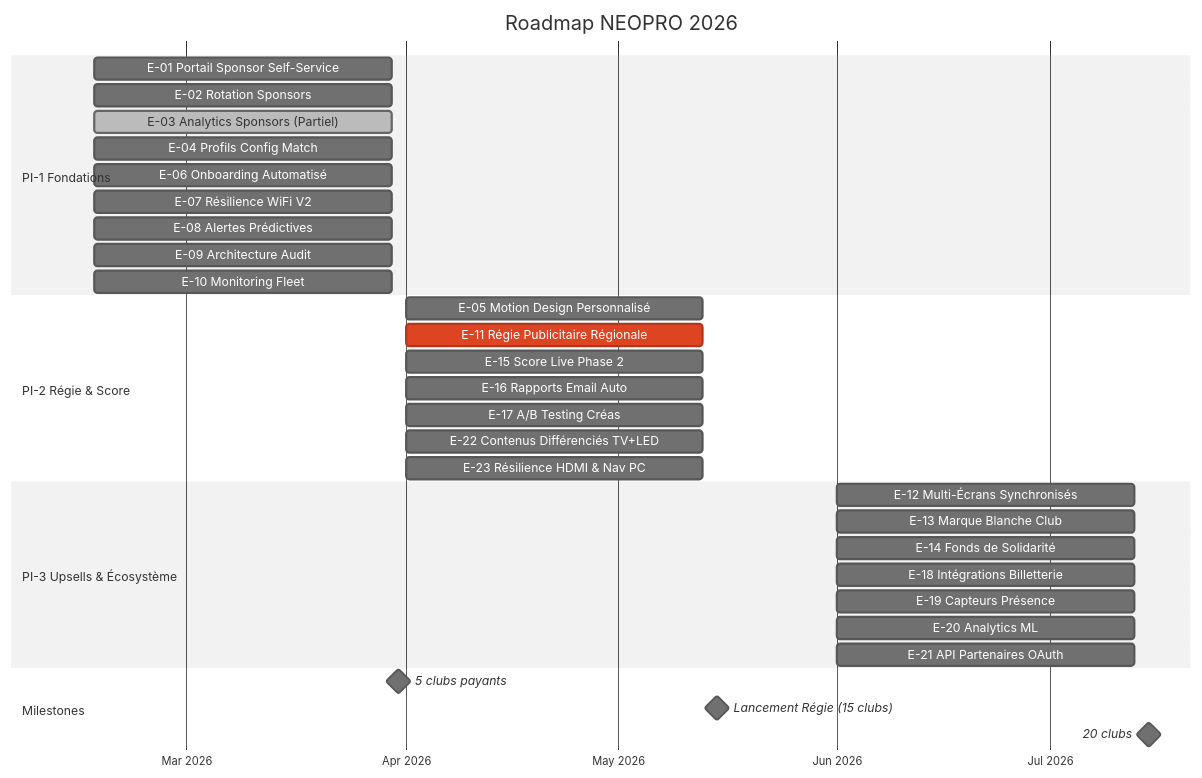
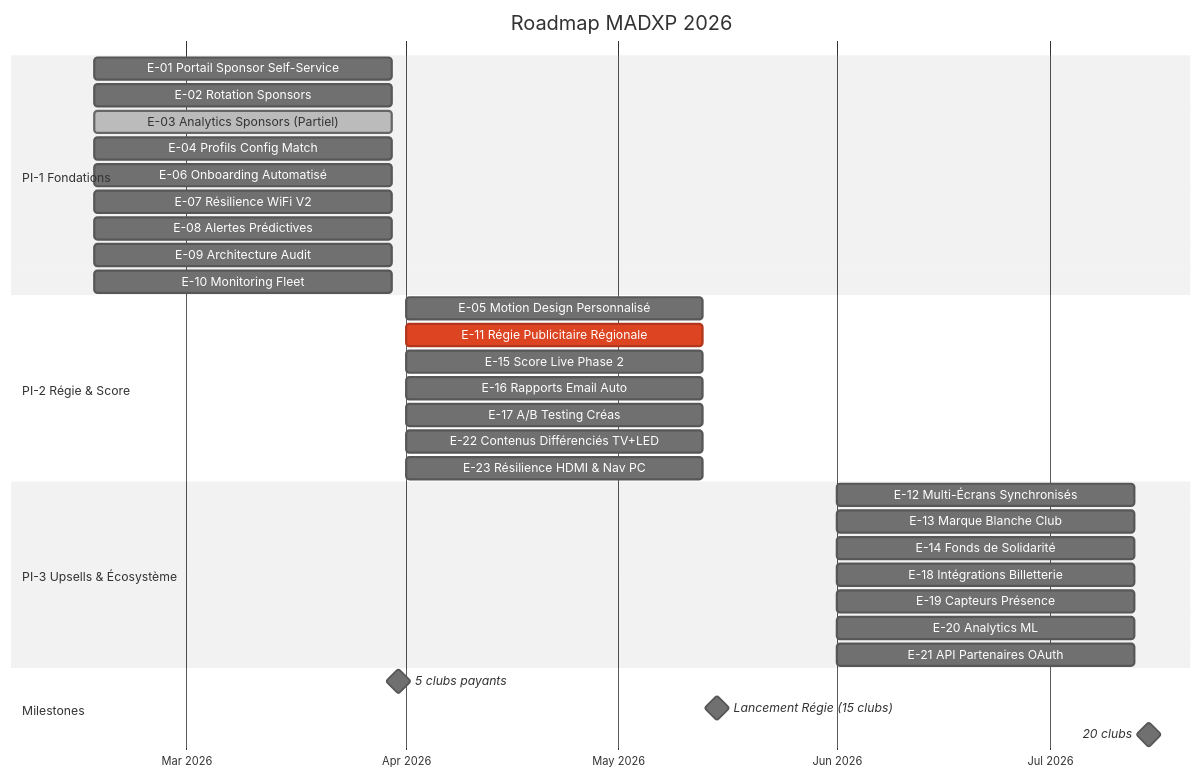
One commit to Tallec7/madxp changed the second of 4 diagrams in docs/safe/PORTFOLIO.md. Above: the diagram before and after it, drawn with Mermaid (neutral theme). The commit also changed other lines of this file and 128 other files, not shown here.

First line of the commit message:
docs(rebrand): rename NEOPRO→MADXP uppercase brand mentions (PR 1b/N)

````diff
--- a/docs/safe/PORTFOLIO.md
+++ b/docs/safe/PORTFOLIO.md
@@ -55,40 +55,40 @@
 ```mermaid
 gantt
-    title Roadmap NEOPRO 2026
+    title Roadmap MADXP 2026
     dateFormat YYYY-MM-DD
     axisFormat %b %Y
 
     section PI-1 Fondations
     E-01 Portail Sponsor Self-Service   :e01, 2026-02-16, 42d
     E-02 Rotation Sponsors              :e02, 2026-02-16, 42d
     E-03 Analytics Sponsors (Partiel)   :done, e03, 2026-02-16, 42d
     E-04 Profils Config Match           :e04, 2026-02-16, 42d
     E-06 Onboarding Automatisé          :e06, 2026-02-16, 42d
     E-07 Résilience WiFi V2             :e07, 2026-02-16, 42d
     E-08 Alertes Prédictives            :e08, 2026-02-16, 42d
     E-09 Architecture Audit             :e09, 2026-02-16, 42d
     E-10 Monitoring Fleet               :e10, 2026-02-16, 42d
 
     section PI-2 Régie & Score
     E-05 Motion Design Personnalisé     :e05, 2026-04-01, 42d
     E-11 Régie Publicitaire Régionale  :crit, e11, 2026-04-01, 42d
     E-15 Score Live Phase 2             :e15, 2026-04-01, 42d
     E-16 Rapports Email Auto            :e16, 2026-04-01, 42d
     E-17 A/B Testing Créas              :e17, 2026-04-01, 42d
     E-22 Contenus Différenciés TV+LED  :e22, 2026-04-01, 42d
     E-23 Résilience HDMI & Nav PC      :e23, 2026-04-01, 42d
 
     section PI-3 Upsells & Écosystème
     E-12 Multi-Écrans Synchronisés      :e12, 2026-06-01, 42d
     E-13 Marque Blanche Club            :e13, 2026-06-01, 42d
     E-14 Fonds de Solidarité            :e14, 2026-06-01, 42d
     E-18 Intégrations Billetterie       :e18, 2026-06-01, 42d
     E-19 Capteurs Présence              :e19, 2026-06-01, 42d
     E-20 Analytics ML                   :e20, 2026-06-01, 42d
     E-21 API Partenaires OAuth          :e21, 2026-06-01, 42d
 
     section Milestones
     5 clubs payants                     :milestone, m1, 2026-03-31, 0d
     Lancement Régie (15 clubs)          :milestone, m2, 2026-05-15, 0d
     20 clubs                            :milestone, m3, 2026-07-15, 0d
 ```
````
